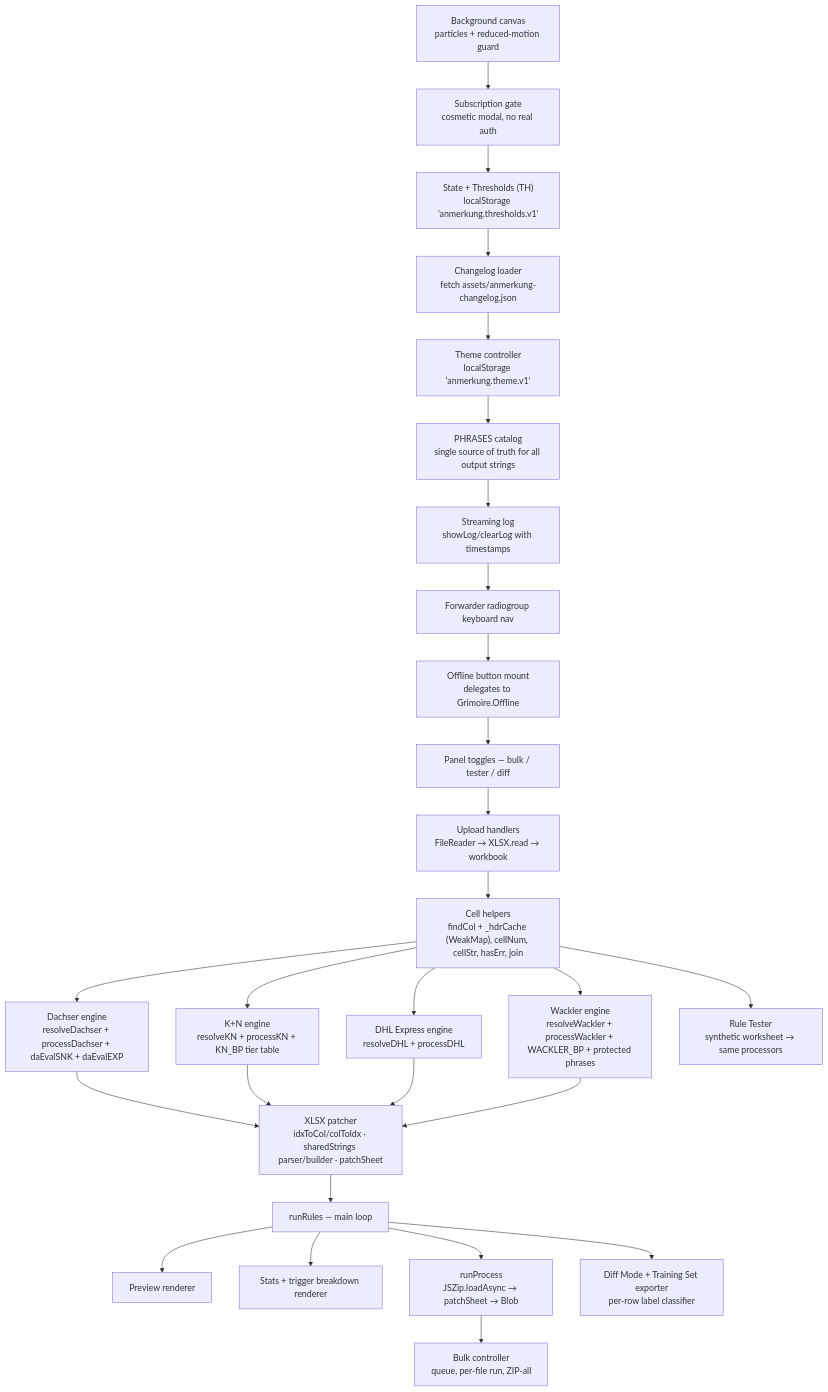
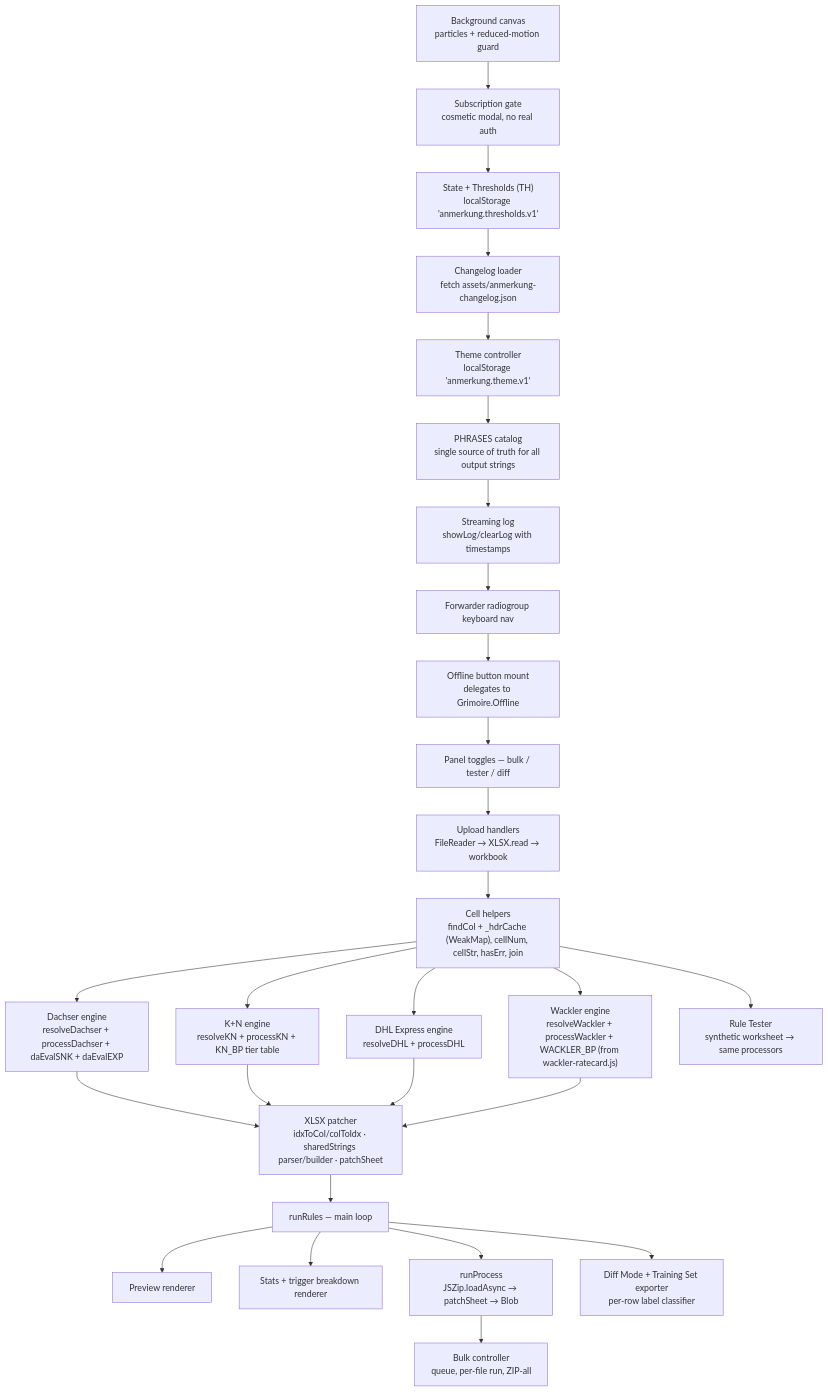
Before and after one commit to nicoyogi/vb-code-vault: the second of 6 diagrams in docs/ANMERKUNG-ARCHITECTURE.md, drawn with Mermaid. The commit also changed other lines of this file and 7 other files, not shown here.

````diff
--- a/docs/ANMERKUNG-ARCHITECTURE.md
+++ b/docs/ANMERKUNG-ARCHITECTURE.md
@@ -111,34 +111,34 @@
 ```mermaid
 flowchart TB
   BG["Background canvas<br/>particles + reduced-motion guard"]
   GATE["Subscription gate<br/>cosmetic modal, no real auth"]
   STATE["State + Thresholds (TH)<br/>localStorage 'anmerkung.thresholds.v1'"]
   CL["Changelog loader<br/>fetch assets/anmerkung-changelog.json"]
   TH["Theme controller<br/>localStorage 'anmerkung.theme.v1'"]
   PHR["PHRASES catalog<br/>single source of truth for all output strings"]
   LOG["Streaming log<br/>showLog/clearLog with timestamps"]
   A11Y["Forwarder radiogroup keyboard nav"]
   PWA["Offline button mount<br/>delegates to Grimoire.Offline"]
   BONUS["Panel toggles — bulk / tester / diff"]
   UPLOAD["Upload handlers<br/>FileReader → XLSX.read → workbook"]
   CELL["Cell helpers<br/>findCol + _hdrCache (WeakMap), cellNum, cellStr, hasErr, join"]
   FW1["Dachser engine<br/>resolveDachser + processDachser + daEvalSNK + daEvalEXP"]
   FW2["K+N engine<br/>resolveKN + processKN + KN_BP tier table"]
   FW3["DHL Express engine<br/>resolveDHL + processDHL"]
-  FW4["Wackler engine<br/>resolveWackler + processWackler + WACKLER_BP + protected phrases"]
+  FW4["Wackler engine<br/>resolveWackler + processWackler + WACKLER_BP (from wackler-ratecard.js)"]
   XLSX["XLSX patcher<br/>idxToCol/colToIdx · sharedStrings parser/builder · patchSheet"]
   RUN["runRules — main loop"]
   PREV["Preview renderer"]
   STATS["Stats + trigger breakdown renderer"]
   PROC["runProcess<br/>JSZip.loadAsync → patchSheet → Blob"]
   BULK["Bulk controller<br/>queue, per-file run, ZIP-all"]
   TESTER["Rule Tester<br/>synthetic worksheet → same processors"]
   DIFF["Diff Mode + Training Set exporter<br/>per-row label classifier"]
 
   BG --> GATE --> STATE --> CL --> TH --> PHR --> LOG --> A11Y --> PWA --> BONUS --> UPLOAD --> CELL
   CELL --> FW1 & FW2 & FW3 & FW4
   FW1 & FW2 & FW3 & FW4 --> XLSX --> RUN --> PREV & STATS & PROC
   PROC --> BULK
   CELL --> TESTER
   RUN --> DIFF
 ```
````
